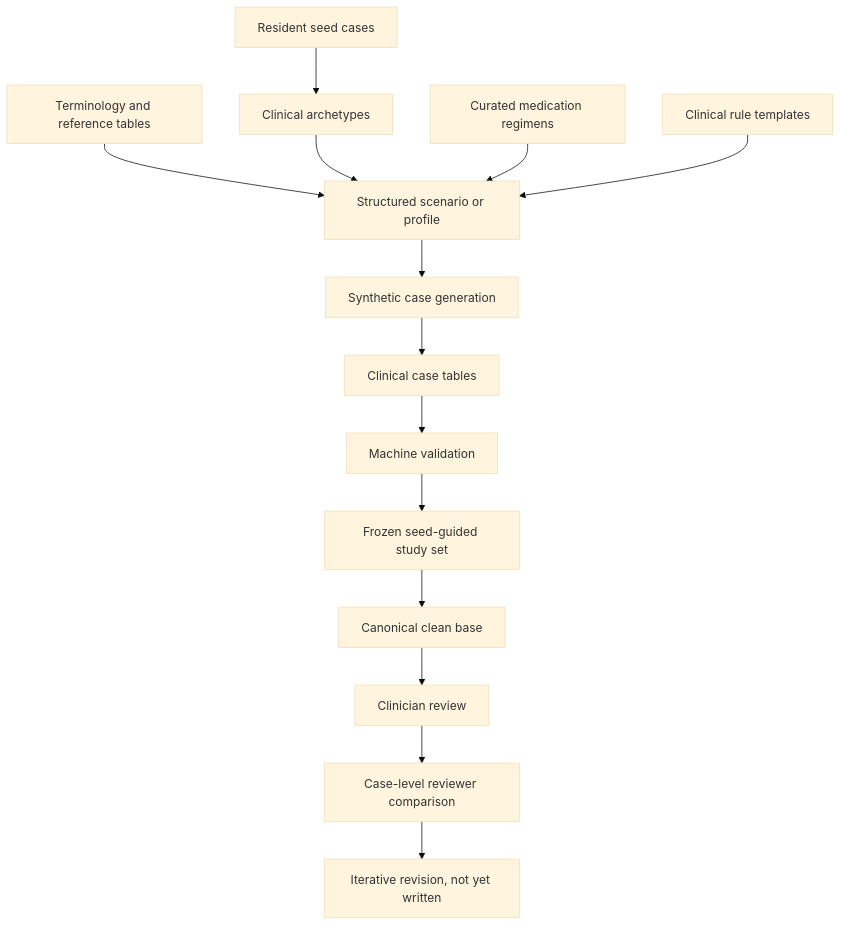
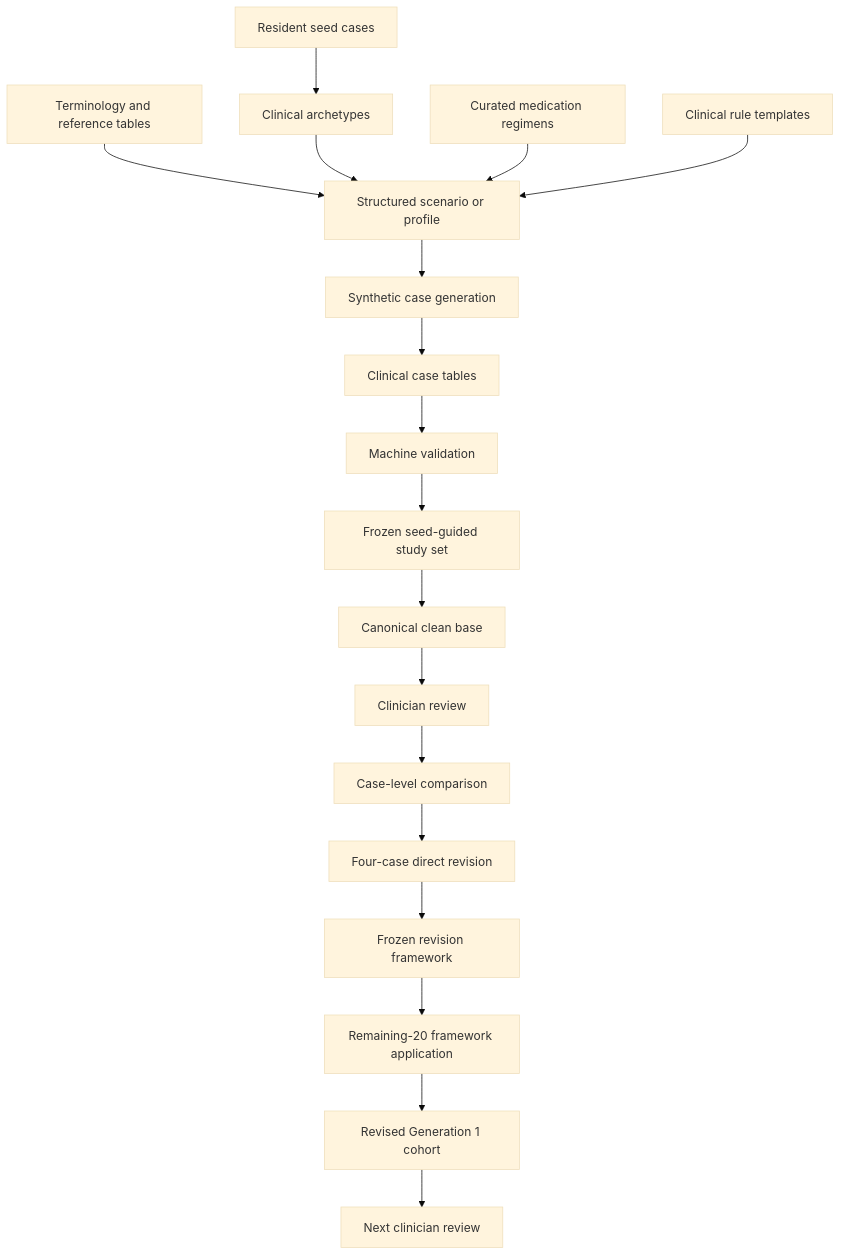
The first of 4 diagrams in README.md (piaattufts/clinical-case-generator), drawn with Mermaid (base theme) before and after one commit. The commit also changed other lines of this file and 2 other files, not shown here.

First line of the commit message:
Update README for revised Generation 1 and Synthea Generation 2

````diff
--- a/README.md
+++ b/README.md
@@ -297,16 +427,20 @@
 ```mermaid
 flowchart TD
     A["Resident seed cases"] --> B["Clinical archetypes"]
     C["Terminology and reference tables"] --> D["Structured scenario or profile"]
     B --> D
     E["Curated medication regimens"] --> D
     F["Clinical rule templates"] --> D
     D --> G["Synthetic case generation"]
     G --> H["Clinical case tables"]
     H --> I["Machine validation"]
     I --> J["Frozen seed-guided study set"]
     J --> K["Canonical clean base"]
     K --> L["Clinician review"]
-    L --> M["Case-level reviewer comparison"]
-    M --> N["Iterative revision, not yet written"]
+    L --> M["Case-level comparison"]
+    M --> N["Four-case direct revision"]
+    N --> O["Frozen revision framework"]
+    O --> P["Remaining-20 framework application"]
+    P --> Q["Revised Generation 1 cohort"]
+    Q --> R["Next clinician review"]
 ```
````
